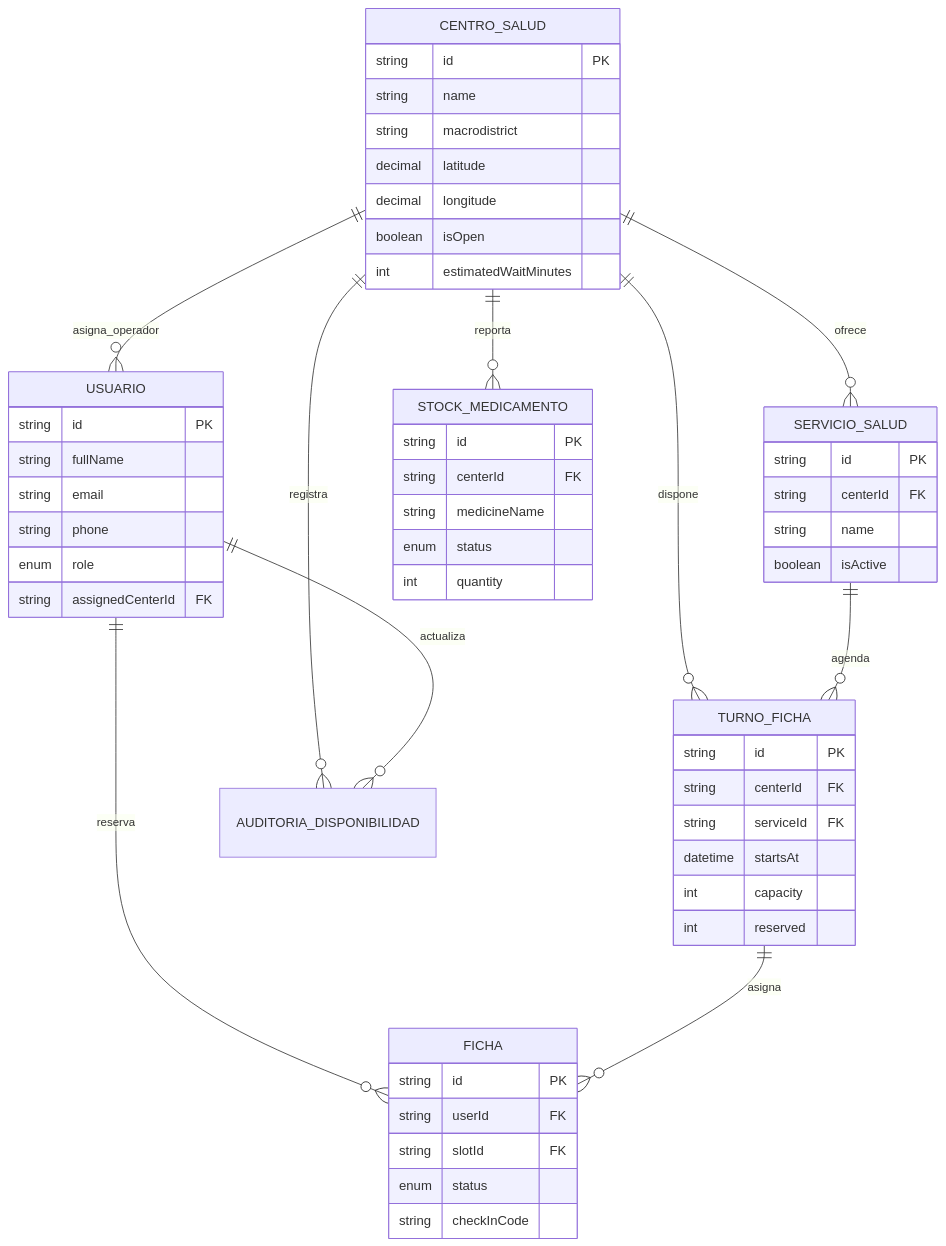
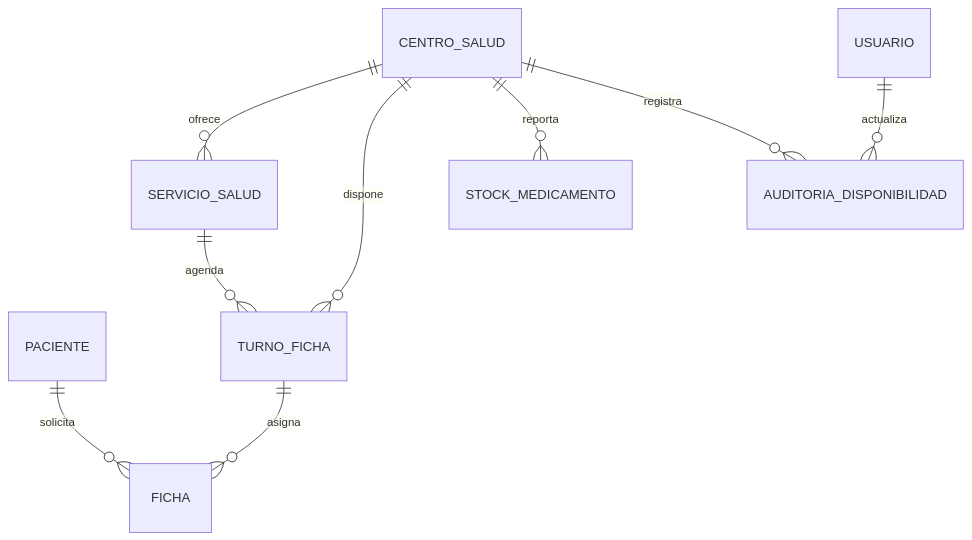
One commit to ManferuzXO/SaludCerca changed the second of 2 diagrams in ARQUITECTURA.md. Above: the diagram before and after it, drawn with Mermaid. The commit also changed other lines of this file and 4 other files, not shown here.

````diff
--- a/ARQUITECTURA.md
+++ b/ARQUITECTURA.md
@@ -58,58 +57,11 @@
 ```mermaid
 erDiagram
-  USUARIO ||--o{ FICHA : reserva
+  PACIENTE ||--o{ FICHA : solicita
   CENTRO_SALUD ||--o{ SERVICIO_SALUD : ofrece
   CENTRO_SALUD ||--o{ TURNO_FICHA : dispone
   SERVICIO_SALUD ||--o{ TURNO_FICHA : agenda
   TURNO_FICHA ||--o{ FICHA : asigna
   CENTRO_SALUD ||--o{ STOCK_MEDICAMENTO : reporta
   CENTRO_SALUD ||--o{ AUDITORIA_DISPONIBILIDAD : registra
   USUARIO ||--o{ AUDITORIA_DISPONIBILIDAD : actualiza
-  CENTRO_SALUD ||--o{ USUARIO : asigna_operador
-
-  USUARIO {
-    string id PK
-    string fullName
-    string email
-    string phone
-    enum role
-    string assignedCenterId FK
-  }
-  CENTRO_SALUD {
-    string id PK
-    string name
-    string macrodistrict
-    decimal latitude
-    decimal longitude
-    boolean isOpen
-    int estimatedWaitMinutes
-  }
-  SERVICIO_SALUD {
-    string id PK
-    string centerId FK
-    string name
-    boolean isActive
-  }
-  TURNO_FICHA {
-    string id PK
-    string centerId FK
-    string serviceId FK
-    datetime startsAt
-    int capacity
-    int reserved
-  }
-  FICHA {
-    string id PK
-    string userId FK
-    string slotId FK
-    enum status
-    string checkInCode
-  }
-  STOCK_MEDICAMENTO {
-    string id PK
-    string centerId FK
-    string medicineName
-    enum status
-    int quantity
-  }
 ```
````
